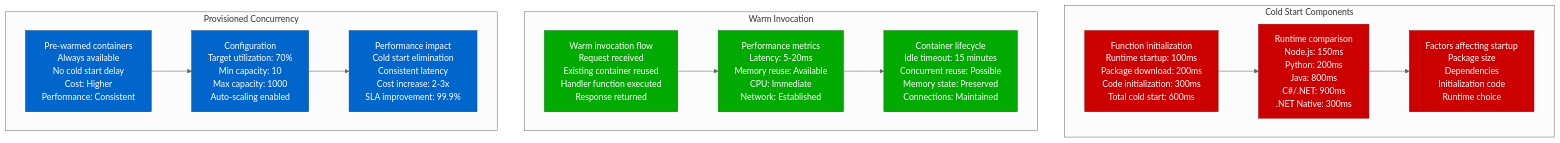
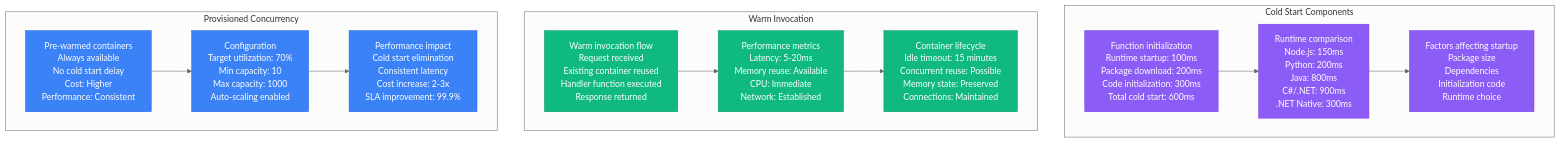
Before and after one commit to deepaucksharma/DS: the first of 11 diagrams in site/docs/performance/serverless-performance-profile.md, drawn with Mermaid (neutral theme). The commit also changed other lines of this file and 303 other files, not shown here.

````diff
--- a/site/docs/performance/serverless-performance-profile.md
+++ b/site/docs/performance/serverless-performance-profile.md
@@ -11,40 +11,40 @@
 ```mermaid
 graph TB
     subgraph "Cold Start Components"
         COLD1[Function initialization<br/>Runtime startup: 100ms<br/>Package download: 200ms<br/>Code initialization: 300ms<br/>Total cold start: 600ms]
 
         COLD2[Runtime comparison<br/>Node.js: 150ms<br/>Python: 200ms<br/>Java: 800ms<br/>C#/.NET: 900ms<br/>.NET Native: 300ms]
 
         COLD3[Factors affecting startup<br/>Package size<br/>Dependencies<br/>Initialization code<br/>Runtime choice]
 
         COLD1 --> COLD2 --> COLD3
     end
 
     subgraph "Warm Invocation"
         WARM1[Warm invocation flow<br/>Request received<br/>Existing container reused<br/>Handler function executed<br/>Response returned]
 
         WARM2[Performance metrics<br/>Latency: 5-20ms<br/>Memory reuse: Available<br/>CPU: Immediate<br/>Network: Established]
 
         WARM3[Container lifecycle<br/>Idle timeout: 15 minutes<br/>Concurrent reuse: Possible<br/>Memory state: Preserved<br/>Connections: Maintained]
 
         WARM1 --> WARM2 --> WARM3
     end
 
     subgraph "Provisioned Concurrency"
         PROVISIONED1[Pre-warmed containers<br/>Always available<br/>No cold start delay<br/>Cost: Higher<br/>Performance: Consistent]
 
         PROVISIONED2[Configuration<br/>Target utilization: 70%<br/>Min capacity: 10<br/>Max capacity: 1000<br/>Auto-scaling enabled]
 
         PROVISIONED3[Performance impact<br/>Cold start elimination<br/>Consistent latency<br/>Cost increase: 2-3x<br/>SLA improvement: 99.9%]
 
         PROVISIONED1 --> PROVISIONED2 --> PROVISIONED3
     end
 
-    classDef coldStyle fill:#CC0000,stroke:#990000,color:#fff
-    classDef warmStyle fill:#00AA00,stroke:#007700,color:#fff
-    classDef provisionedStyle fill:#0066CC,stroke:#004499,color:#fff
+    classDef coldStyle fill:#8B5CF6,stroke:#7C3AED,color:#fff
+    classDef warmStyle fill:#10B981,stroke:#059669,color:#fff
+    classDef provisionedStyle fill:#3B82F6,stroke:#2563EB,color:#fff
 
     class COLD1,COLD2,COLD3 coldStyle
     class WARM1,WARM2,WARM3 warmStyle
     class PROVISIONED1,PROVISIONED2,PROVISIONED3 provisionedStyle
 ```
````
